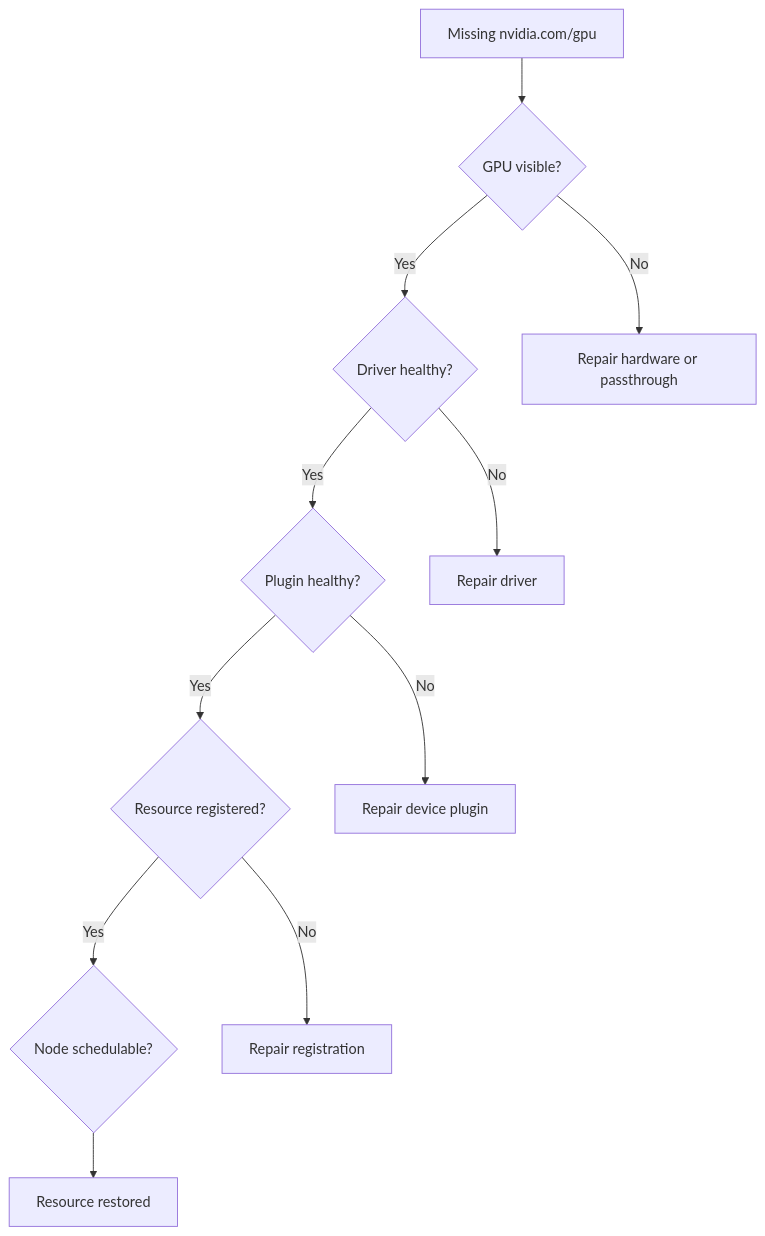
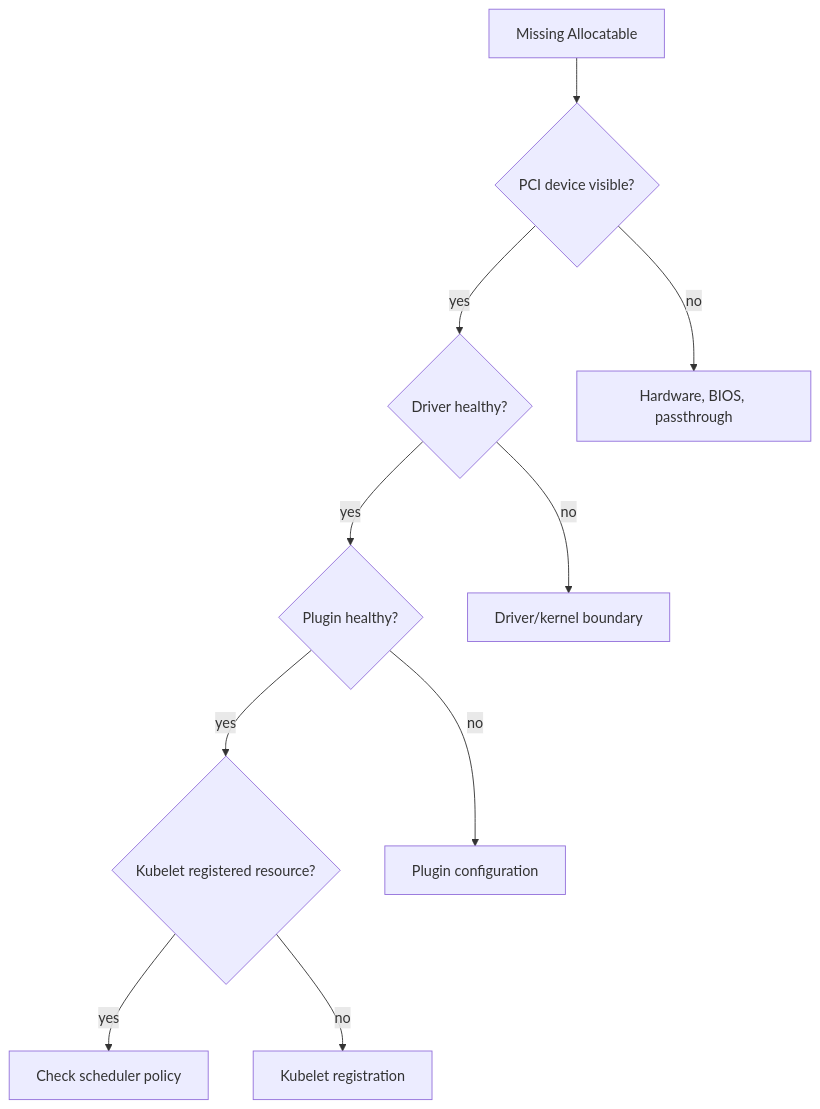
The diagram in docs/nvidia-zero-to-hero/volume-10/labs/lab-03-diagnose-a-missing-allocatable-gpu.md (jithinpnjm/nvidia-devops), drawn with Mermaid before and after one commit. The commit also changed other lines of this file and 3 other files, not shown here.

````diff
--- a/docs/nvidia-zero-to-hero/volume-10/labs/lab-03-diagnose-a-missing-allocatable-gpu.md
+++ b/docs/nvidia-zero-to-hero/volume-10/labs/lab-03-diagnose-a-missing-allocatable-gpu.md
@@ -39,20 +31,12 @@
 ```mermaid
 flowchart TD
-    Missing[Missing nvidia.com/gpu]
-    Hardware{GPU visible?}
-    Driver{Driver healthy?}
-    Plugin{Plugin healthy?}
-    Kubelet{Resource registered?}
-    Policy{Node schedulable?}
-    Restored[Resource restored]
-
-    Missing --> Hardware
-    Hardware -->|No| FixHW[Repair hardware or passthrough]
-    Hardware -->|Yes| Driver
-    Driver -->|No| FixDriver[Repair driver]
-    Driver -->|Yes| Plugin
-    Plugin -->|No| FixPlugin[Repair device plugin]
-    Plugin -->|Yes| Kubelet
-    Kubelet -->|No| FixKubelet[Repair registration]
-    Kubelet -->|Yes| Policy --> Restored
+  A[Missing Allocatable] --> B{PCI device visible?}
+  B -->|yes| C{Driver healthy?}
+  C -->|yes| D{Plugin healthy?}
+  D -->|yes| E{Kubelet registered resource?}
+  E -->|yes| F[Check scheduler policy]
+  B -->|no| H[Hardware, BIOS, passthrough]
+  C -->|no| I[Driver/kernel boundary]
+  D -->|no| J[Plugin configuration]
+  E -->|no| K[Kubelet registration]
 ```
````
